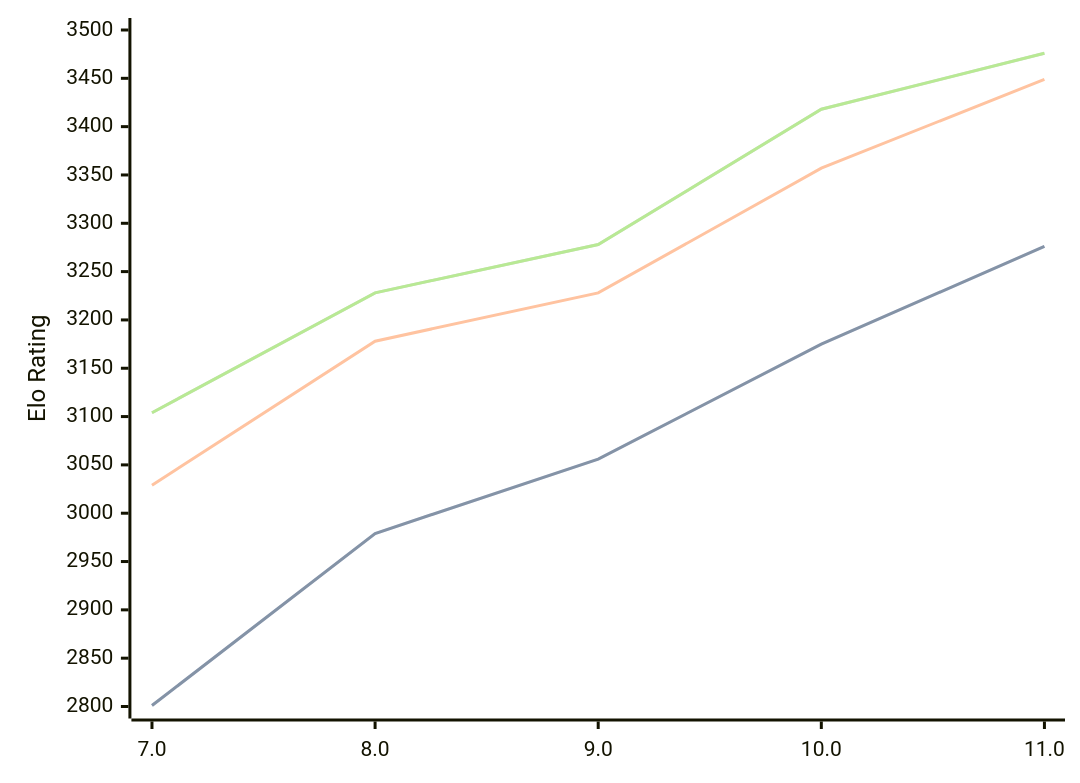
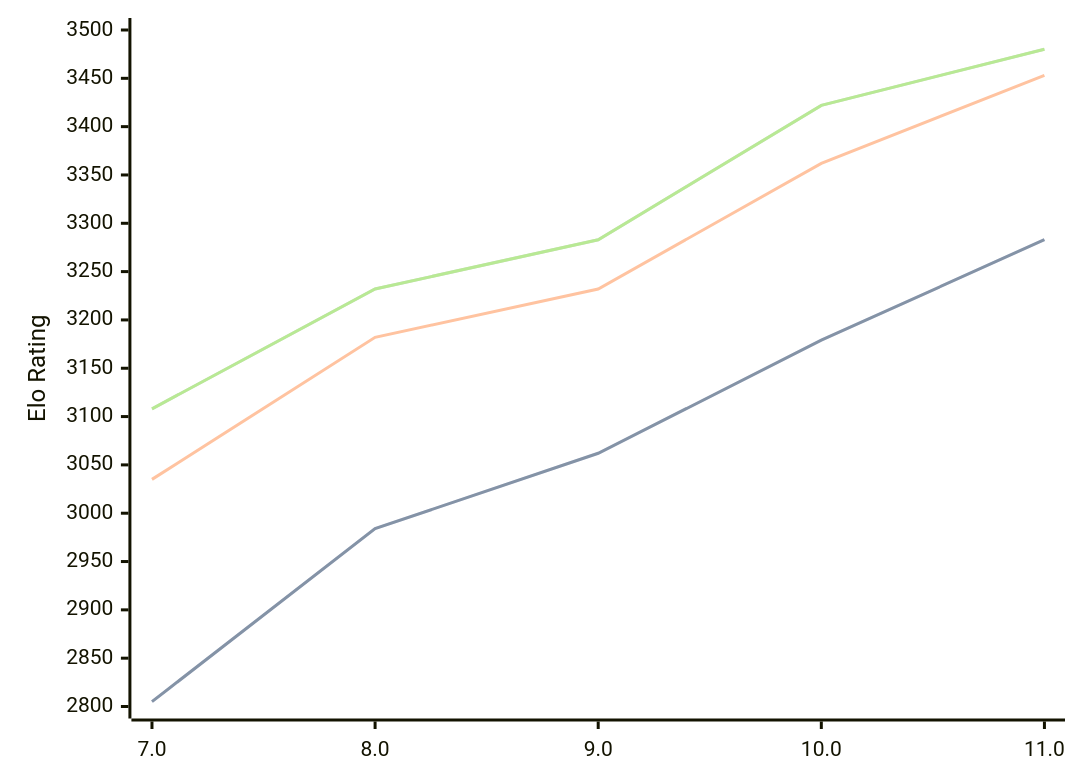
One commit to computer-chess-index/cci changed the diagram in engines/Tcheran.md. Above: the diagram before and after it, drawn with Mermaid. The commit also changed other lines of this file, not shown here.

Commit message:
Update CCI Ratings (ELO VLTC) - 2026-04-18

````diff
--- a/engines/Tcheran.md
+++ b/engines/Tcheran.md
@@ -49,11 +49,11 @@
 ```mermaid
 %%{init: {"theme":"base","themeVariables":{"seriesColors:['#a3a3a3','#222221','#faa371']}}}%%
 xychart-beta
   x-axis ["7.0", "8.0", "9.0", "10.0", "11.0"]
   y-axis "Elo Rating" 2800 --> 3500
-  line "STC (8.0+0.08s)" [2801, 2979, 3056, 3175, 3276]
-  line "STC (8.0+0.08s)" [2801, 2979, 3056, 3175, 3276]
-  line "LTC (60.0+0.60s)" [3029, 3178, 3228, 3357, 3449]
-  line "VLTC (2m24s+1.12s)" [3104, 3228, 3278, 3418, 3476]
-  line "VLTC (2m24s+1.12s)" [3104, 3228, 3278, 3418, 3476]
+  line "STC (8.0+0.08s)" [2805, 2984, 3062, 3179, 3283]
+  line "STC (8.0+0.08s)" [2805, 2984, 3062, 3179, 3283]
+  line "LTC (60.0+0.60s)" [3035, 3182, 3232, 3362, 3453]
+  line "VLTC (2m24s+1.12s)" [3108, 3232, 3283, 3422, 3480]
+  line "VLTC (2m24s+1.12s)" [3108, 3232, 3283, 3422, 3480]
 ```
````
